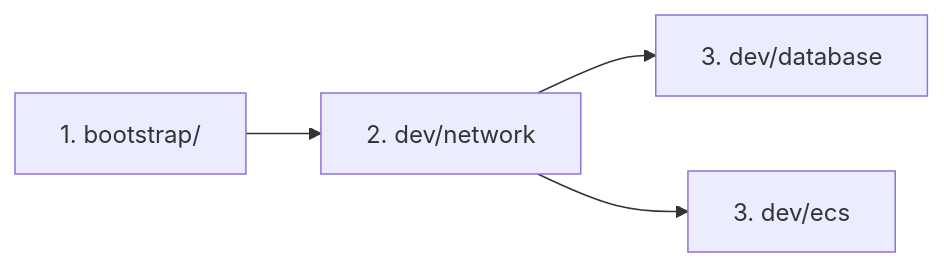
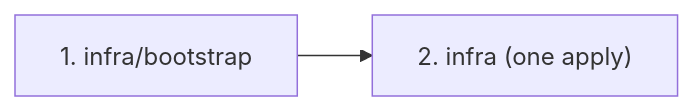
The second of 2 diagrams in docs/ARCHITECTURE.md (offloadmemory/terraform-basic-101), drawn with Mermaid before and after one commit. The commit also changed other lines of this file and 51 other files, not shown here.

````diff
--- a/docs/ARCHITECTURE.md
+++ b/docs/ARCHITECTURE.md
@@ -166,6 +191,4 @@
 ```mermaid
 flowchart LR
-    B["1. bootstrap/"] --> N["2. dev/network"]
-    N --> D["3. dev/database"]
-    N --> E["3. dev/ecs"]
+    B["1. infra/bootstrap"] --> I["2. infra (one apply)"]
 ```
````
